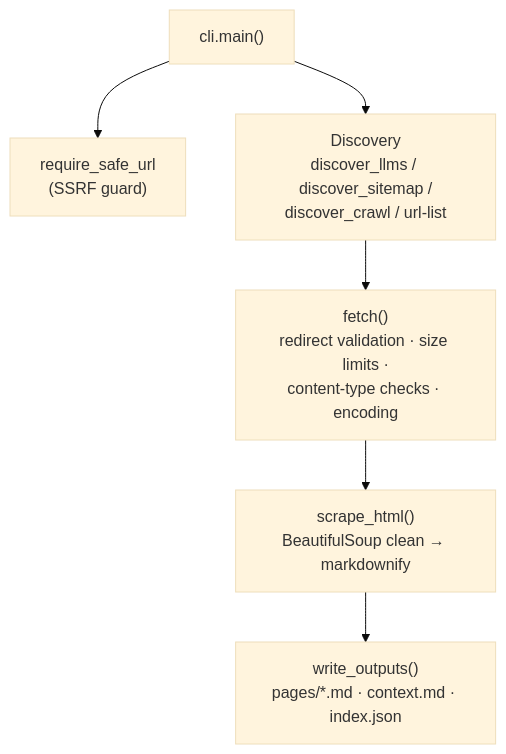
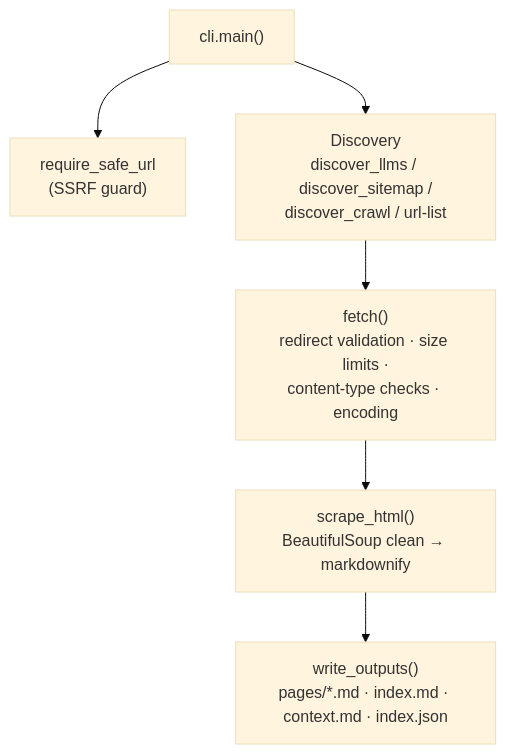
The second of 2 diagrams in README.md (siredwinm/ai-docs-scrapper), drawn with Mermaid (base theme) before and after one commit. The commit also changed other lines of this file and 3 other files, not shown here.

````diff
--- a/README.md
+++ b/README.md
@@ -197,8 +203,8 @@
 ```mermaid
 flowchart TD
     CLI["cli.main()"] --> V["require_safe_url<br/>(SSRF guard)"]
     CLI --> DISC["Discovery<br/>discover_llms / discover_sitemap /<br/>discover_crawl / url-list"]
     DISC --> FETCH["fetch()<br/>redirect validation · size limits ·<br/>content-type checks · encoding"]
     FETCH --> SCRAPE["scrape_html()<br/>BeautifulSoup clean → markdownify"]
-    SCRAPE --> OUT["write_outputs()<br/>pages/*.md · context.md · index.json"]
+    SCRAPE --> OUT["write_outputs()<br/>pages/*.md · index.md · context.md · index.json"]
 ```
````
